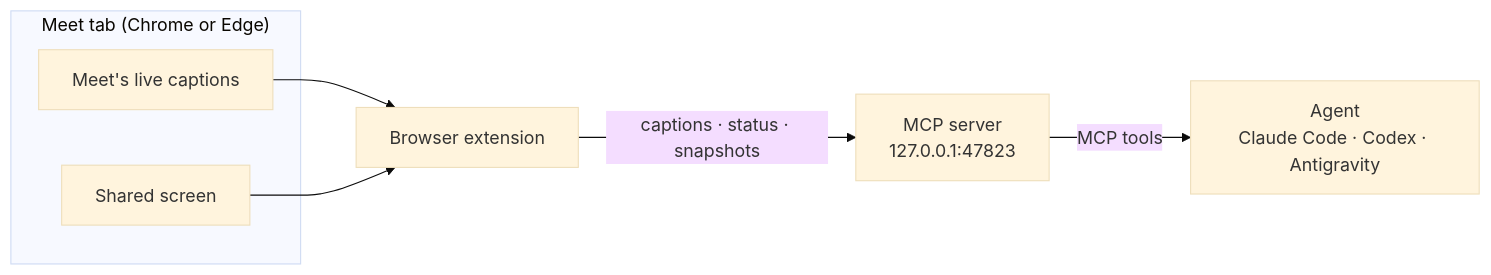
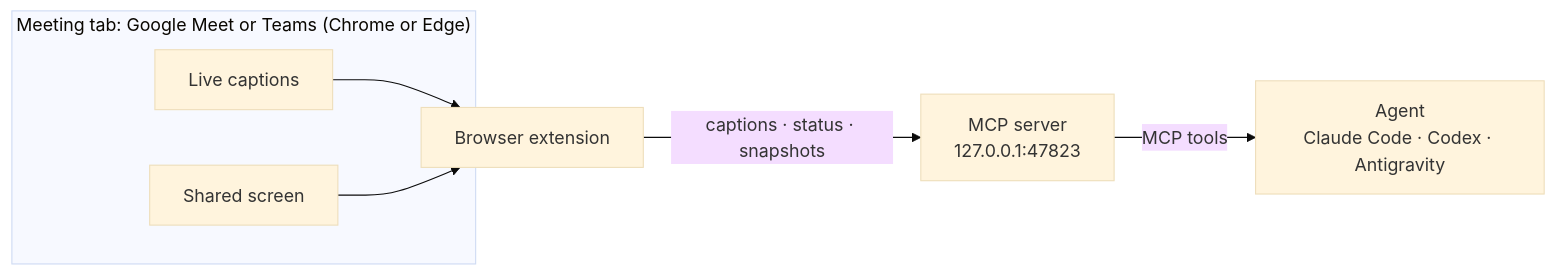
One commit to amn-max/Sotto changed the diagram in CONTRIBUTING.md. Above: the diagram before and after it, drawn with Mermaid (base theme). The commit also changed other lines of this file and 14 other files, not shown here.

````diff
--- a/CONTRIBUTING.md
+++ b/CONTRIBUTING.md
@@ -5,14 +5,14 @@
 ```mermaid
 flowchart LR
-  subgraph tab["Meet tab (Chrome or Edge)"]
-    captions["Meet's live captions"]
+  subgraph tab["Meeting tab: Google Meet or Teams (Chrome or Edge)"]
+    captions["Live captions"]
     screen["Shared screen"]
   end
   extension["Browser extension"]
   server["MCP server<br/>127.0.0.1:47823"]
   agent["Agent<br/>Claude Code · Codex · Antigravity"]
   captions --> extension
   screen --> extension
   extension -- "captions · status · snapshots" --> server
   server -- "MCP tools" --> agent
 ```
````
